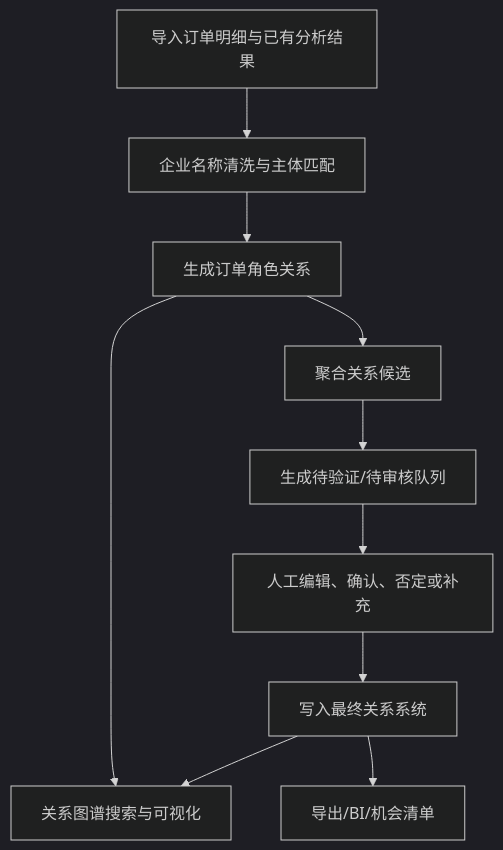
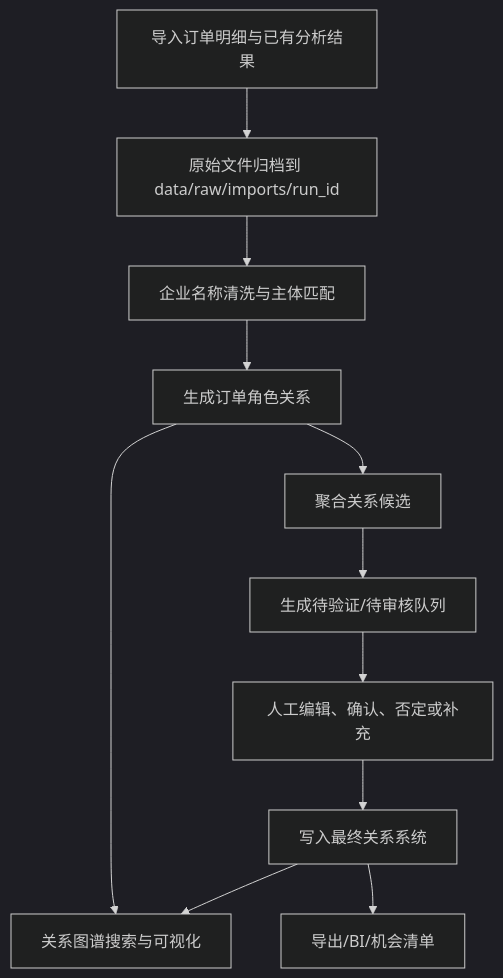
The diagram in README.md (Fonna/trade-entity-graph), drawn with Mermaid (dark theme) before and after one commit. The commit also changed other lines of this file and 7 other files, not shown here.

````diff
--- a/README.md
+++ b/README.md
@@ -96,22 +98,24 @@
 ```mermaid
 flowchart TD
   A[导入订单明细与已有分析结果]
+  A0[原始文件归档到 data/raw/imports/run_id]
   B[企业名称清洗与主体匹配]
   C[生成订单角色关系]
   D[聚合关系候选]
   E[生成待验证/待审核队列]
   F[人工编辑、确认、否定或补充]
   G[写入最终关系系统]
   H[关系图谱搜索与可视化]
   I[导出/BI/机会清单]
 
-  A --> B
+  A --> A0
+  A0 --> B
   B --> C
   C --> D
   D --> E
   E --> F
   F --> G
   G --> H
   G --> I
   C --> H
 ```
````
